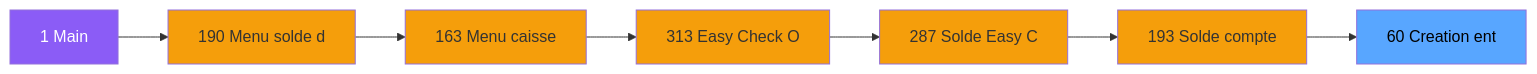
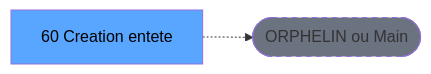
One commit to thonyAGP/lecteur-magic changed the second of 3 diagrams in .openspec/specs/ADH-IDE-60.md. Above: the diagram before and after it, drawn with Mermaid. The commit also changed other lines of this file and 701 other files, not shown here.

````diff
--- a/.openspec/specs/ADH-IDE-60.md
+++ b/.openspec/specs/ADH-IDE-60.md
@@ -111,23 +117,8 @@
 ```mermaid
 graph LR
-    M[1 Main]
-    N190[190 Menu solde d]
-    N163[163 Menu caisse ]
-    N313[313 Easy Check O]
-    N287[287 Solde Easy C]
-    N193[193 Solde compte]
-    T[60 Creation ent]
-    M --> N190
-    N190 --> N163
-    N163 --> N313
-    N313 --> N287
-    N287 --> N193
-    N193 --> T
-    style M fill:#8b5cf6,color:#fff
-    style N190 fill:#f59e0b
-    style N163 fill:#f59e0b
-    style N313 fill:#f59e0b
-    style N287 fill:#f59e0b
-    style N193 fill:#f59e0b
+    T[60 Creation entete]
+    ORPHAN([ORPHELIN ou Main])
+    T -.-> ORPHAN
     style T fill:#58a6ff,color:#000
+    style ORPHAN fill:#6b7280,stroke-dasharray: 5 5
 ```
````
